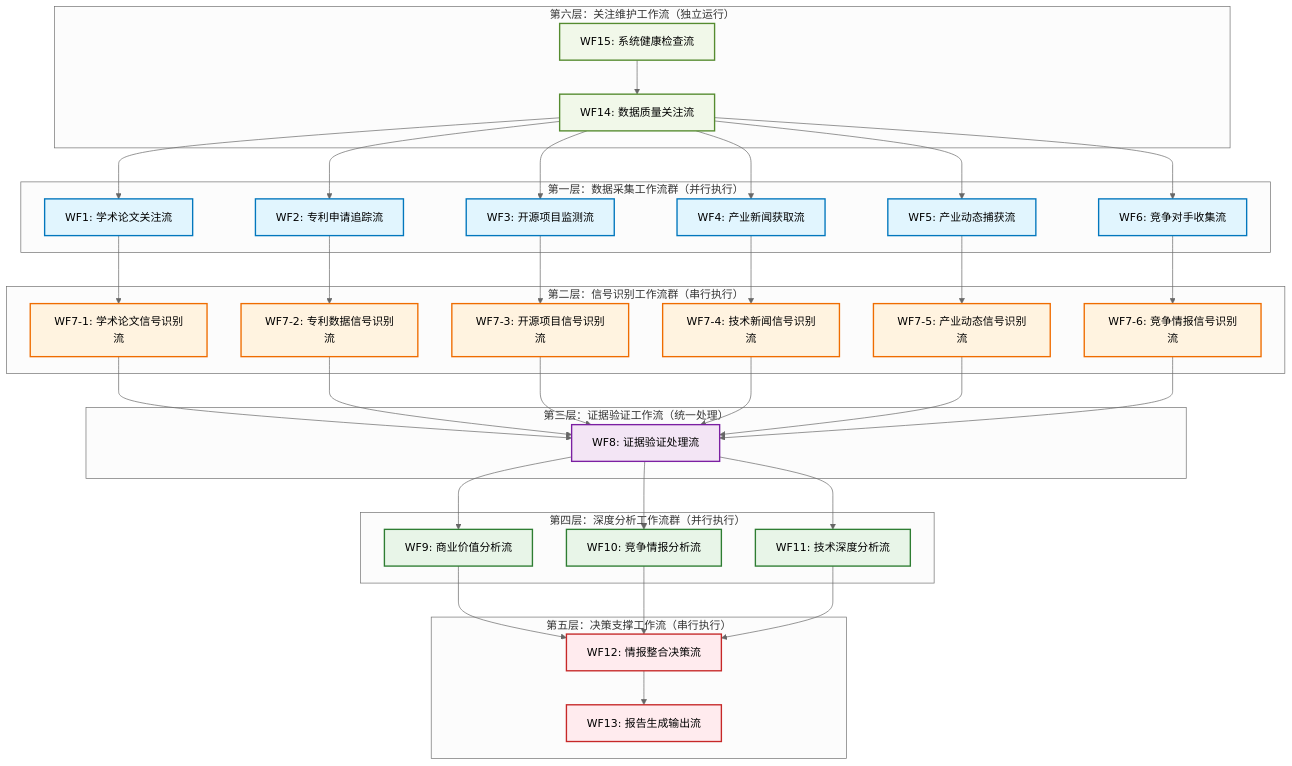
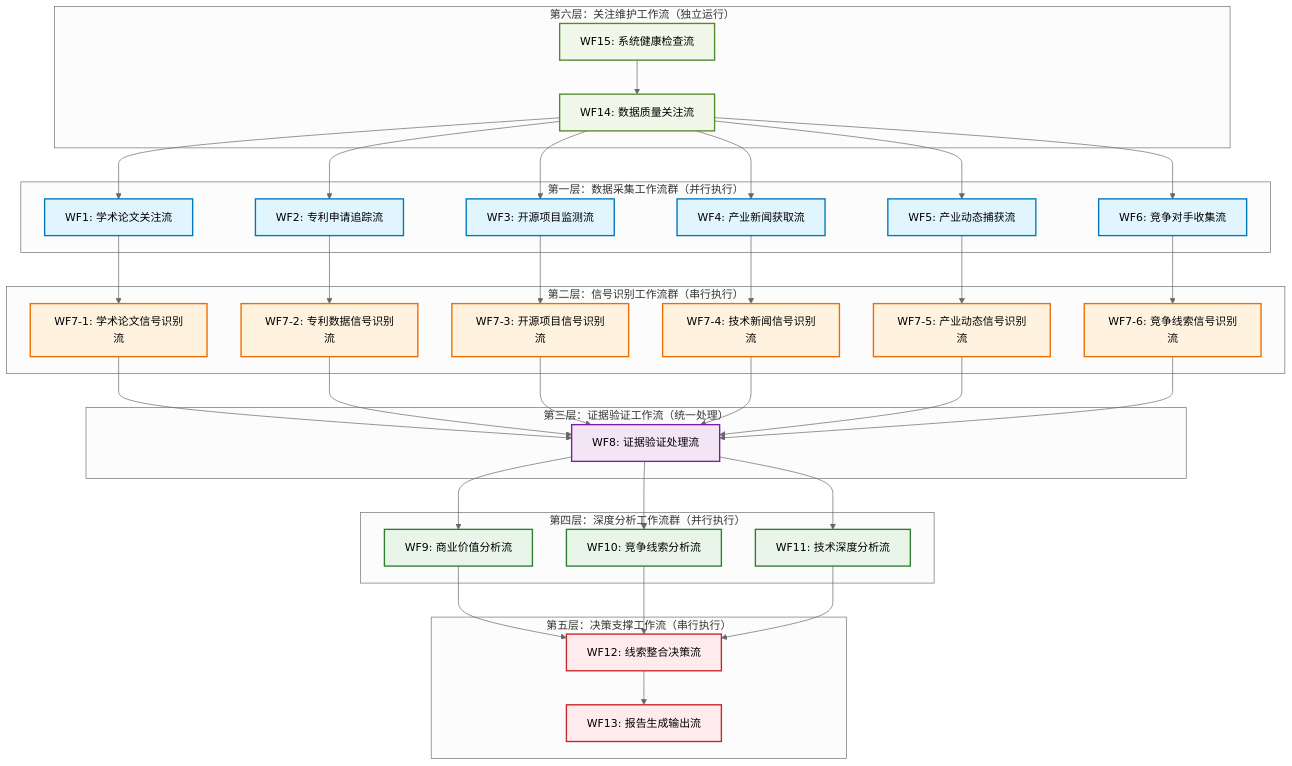
One commit to wisdom-future/tech-deepdive changed the first of 2 diagrams in docs/工作流设计.md. Above: the diagram before and after it, drawn with Mermaid (neutral theme). The commit also changed other lines of this file, not shown here.

```diff
--- a/docs/工作流设计.md
+++ b/docs/工作流设计.md
@@ -21,7 +21,7 @@
     WF7-3[WF7-3: 开源项目信号识别流]
     WF7-4[WF7-4: 技术新闻信号识别流]
     WF7-5[WF7-5: 产业动态信号识别流]
-    WF7-6[WF7-6: 竞争情报信号识别流]
+    WF7-6[WF7-6: 竞争线索信号识别流]
 end
 
 subgraph "第三层：证据验证工作流（统一处理）"
@@ -30,12 +30,12 @@
 
 subgraph "第四层：深度分析工作流群（并行执行）"
     WF9[WF9: 商业价值分析流]
-    WF10[WF10: 竞争情报分析流]
+    WF10[WF10: 竞争线索分析流]
     WF11[WF11: 技术深度分析流]
 end
 
 subgraph "第五层：决策支撑工作流（串行执行）"
-    WF12[WF12: 情报整合决策流]
+    WF12[WF12: 线索整合决策流]
     WF13[WF13: 报告生成输出流]
 end
 
```
